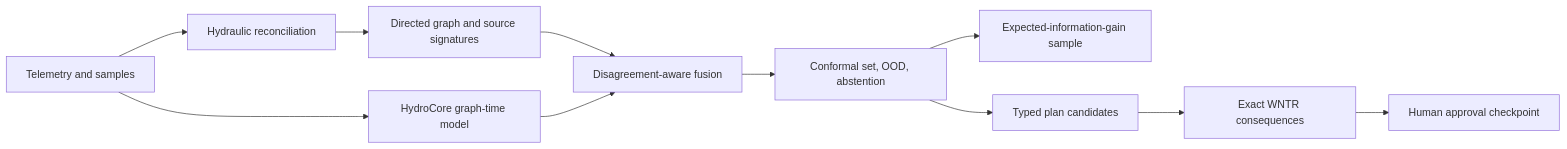
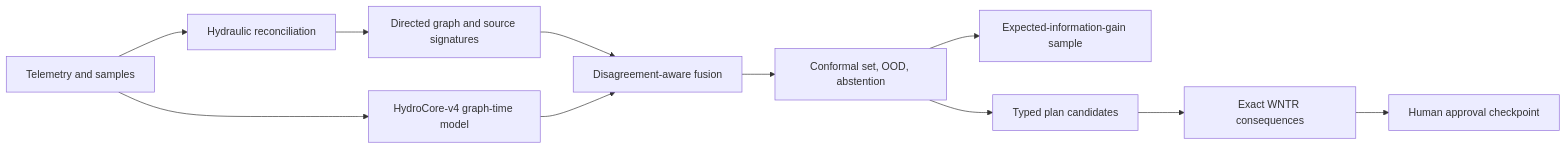
One commit to insightlabs38-pixel/HydroSwarm changed the diagram in README.md. Above: the diagram before and after it, drawn with Mermaid. The commit also changed other lines of this file and 3 other files, not shown here.

````diff
--- a/README.md
+++ b/README.md
@@ -106,13 +29,13 @@
 ```mermaid
 flowchart LR
   O["Telemetry and samples"] --> H["Hydraulic reconciliation"]
   H --> C["Directed graph and source signatures"]
-  O --> N["HydroCore graph-time model"]
+  O --> N["HydroCore-v4 graph-time model"]
   C --> F["Disagreement-aware fusion"]
   N --> F
   F --> U["Conformal set, OOD, abstention"]
   U --> S["Expected-information-gain sample"]
   U --> P["Typed plan candidates"]
   P --> V["Exact WNTR consequences"]
   V --> A["Human approval checkpoint"]
 ```
````
